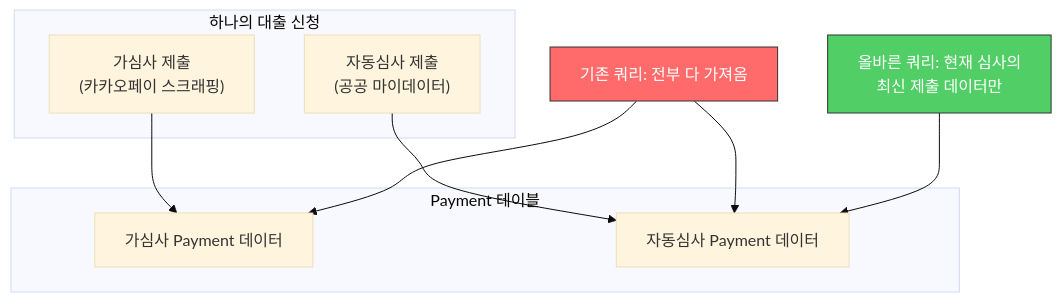
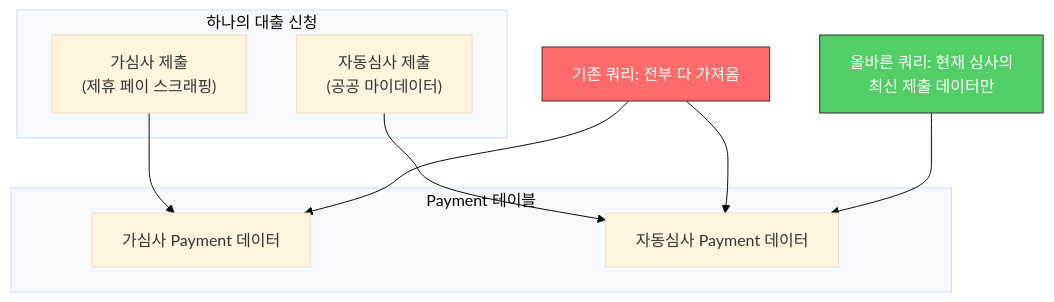
The second of 3 diagrams in _posts/2025-11-21-python-dict-변환의-함정-금융-데이터-집계-버그.md (Gyubster/til), drawn with Mermaid (base theme) before and after one commit. The commit also changed other lines of this file and 6 other files, not shown here.

````diff
--- a/_posts/2025-11-21-python-dict-변환의-함정-금융-데이터-집계-버그.md
+++ b/_posts/2025-11-21-python-dict-변환의-함정-금융-데이터-집계-버그.md
@@ -75,19 +75,19 @@
 ```mermaid
 flowchart TD
     subgraph da["하나의 대출 신청"]
-        A["가심사 제출<br/>(카카오페이 스크래핑)"]
+        A["가심사 제출<br/>(제휴 페이 스크래핑)"]
         B["자동심사 제출<br/>(공공 마이데이터)"]
     end
     subgraph payments["Payment 테이블"]
         C["가심사 Payment 데이터"]
         D["자동심사 Payment 데이터"]
     end
     A --> C
     B --> D
     
     E["기존 쿼리: 전부 다 가져옴"] --> C
     E --> D
     F["올바른 쿼리: 현재 심사의<br/>최신 제출 데이터만"] --> D
     style E fill:#ff6b6b,stroke:#333,color:#fff
     style F fill:#51cf66,stroke:#333,color:#fff
 ```
````
